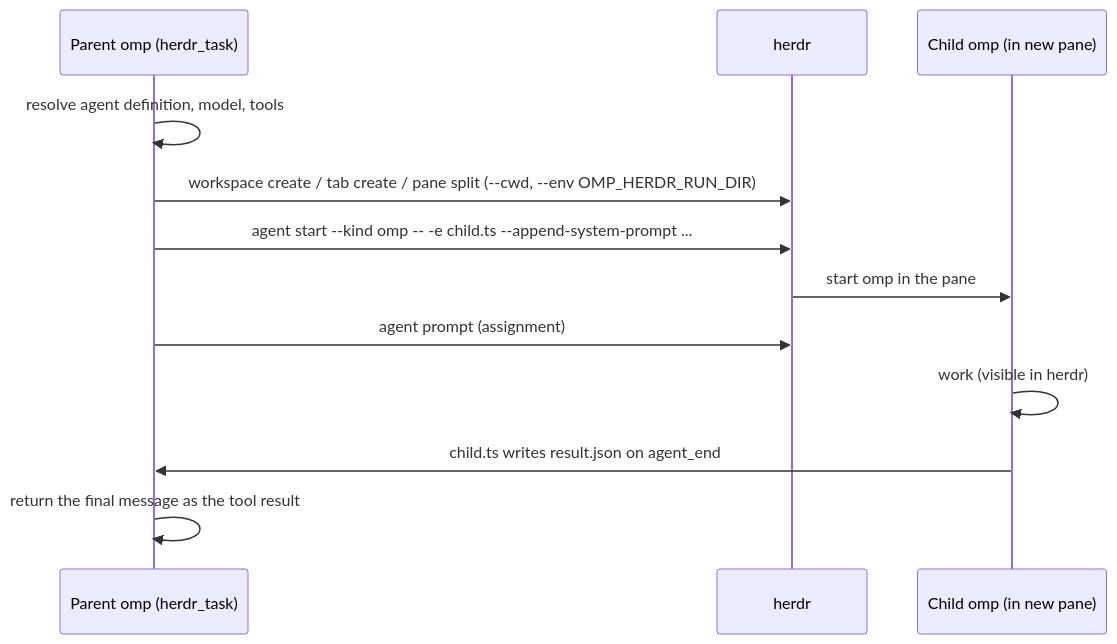
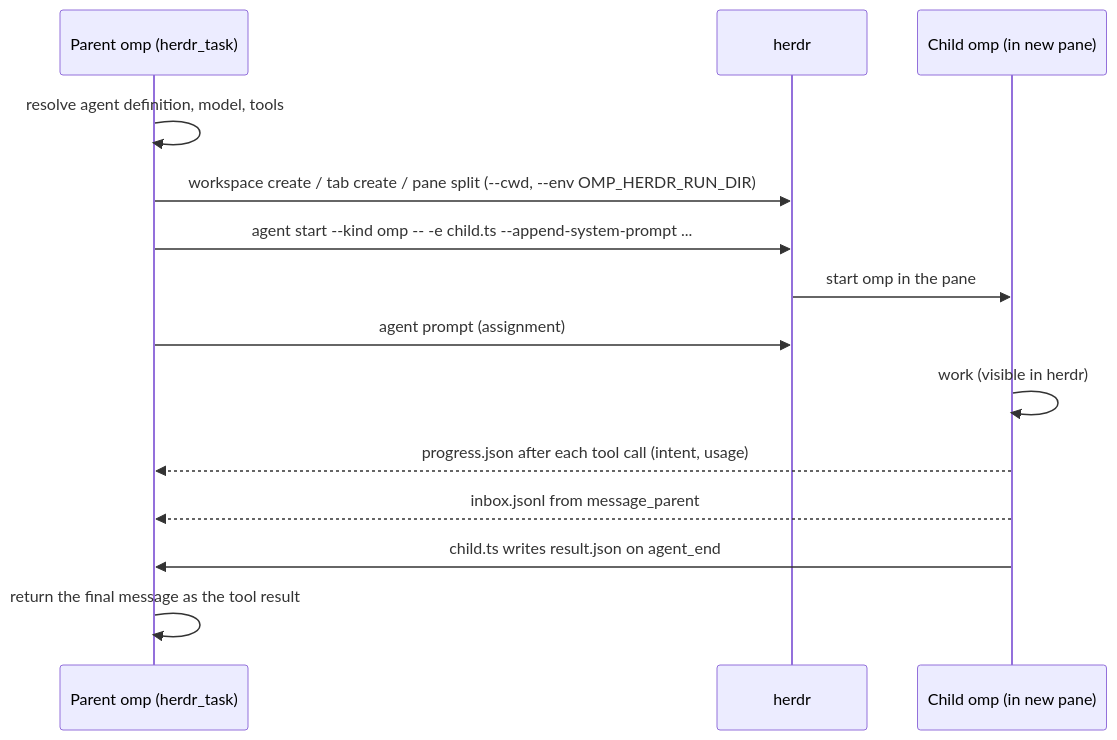
The diagram in README.md (H3xept/omp-herdr-agents), drawn with Mermaid before and after one commit. The commit also changed other lines of this file and 12 other files, not shown here.

````diff
--- a/README.md
+++ b/README.md
@@ -64,14 +67,16 @@
 ```mermaid
 sequenceDiagram
     participant P as Parent omp (herdr_task)
     participant H as herdr
     participant C as Child omp (in new pane)
     P->>P: resolve agent definition, model, tools
     P->>H: workspace create / tab create / pane split (--cwd, --env OMP_HERDR_RUN_DIR)
     P->>H: agent start --kind omp -- -e child.ts --append-system-prompt ...
     H->>C: start omp in the pane
     P->>H: agent prompt (assignment)
     C->>C: work (visible in herdr)
+    C-->>P: progress.json after each tool call (intent, usage)
+    C-->>P: inbox.jsonl from message_parent
     C->>P: child.ts writes result.json on agent_end
     P->>P: return the final message as the tool result
 ```
````
